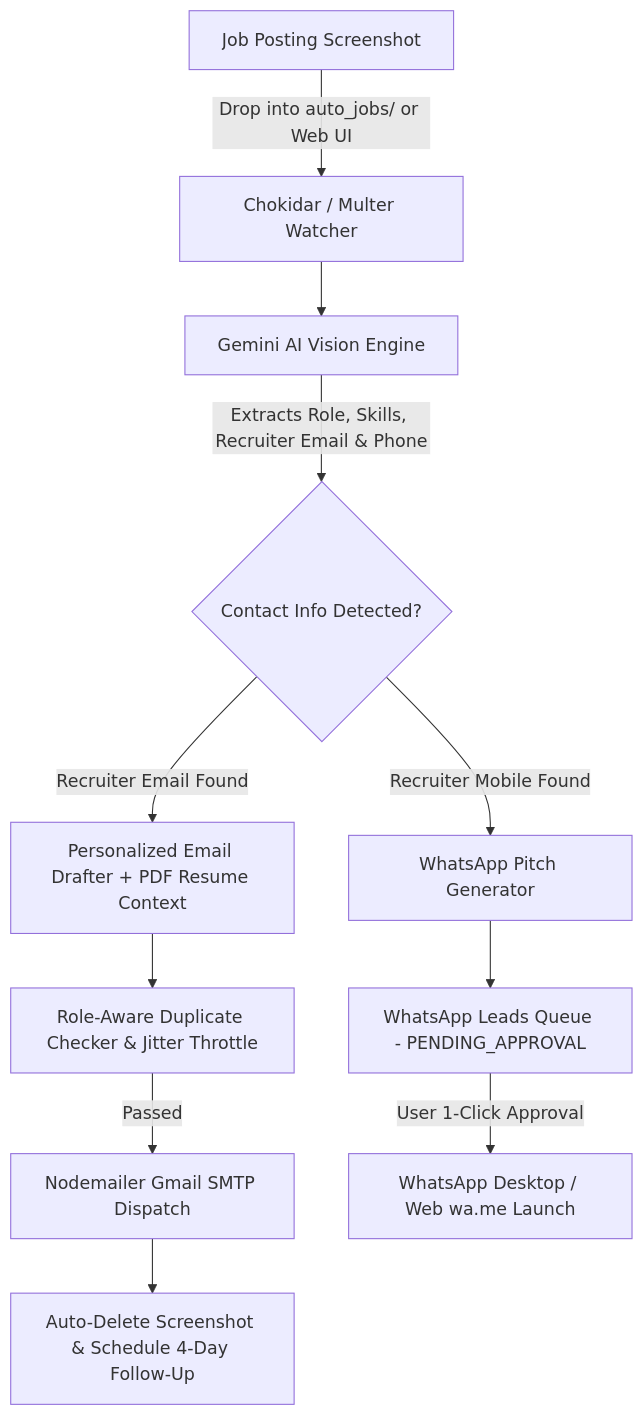
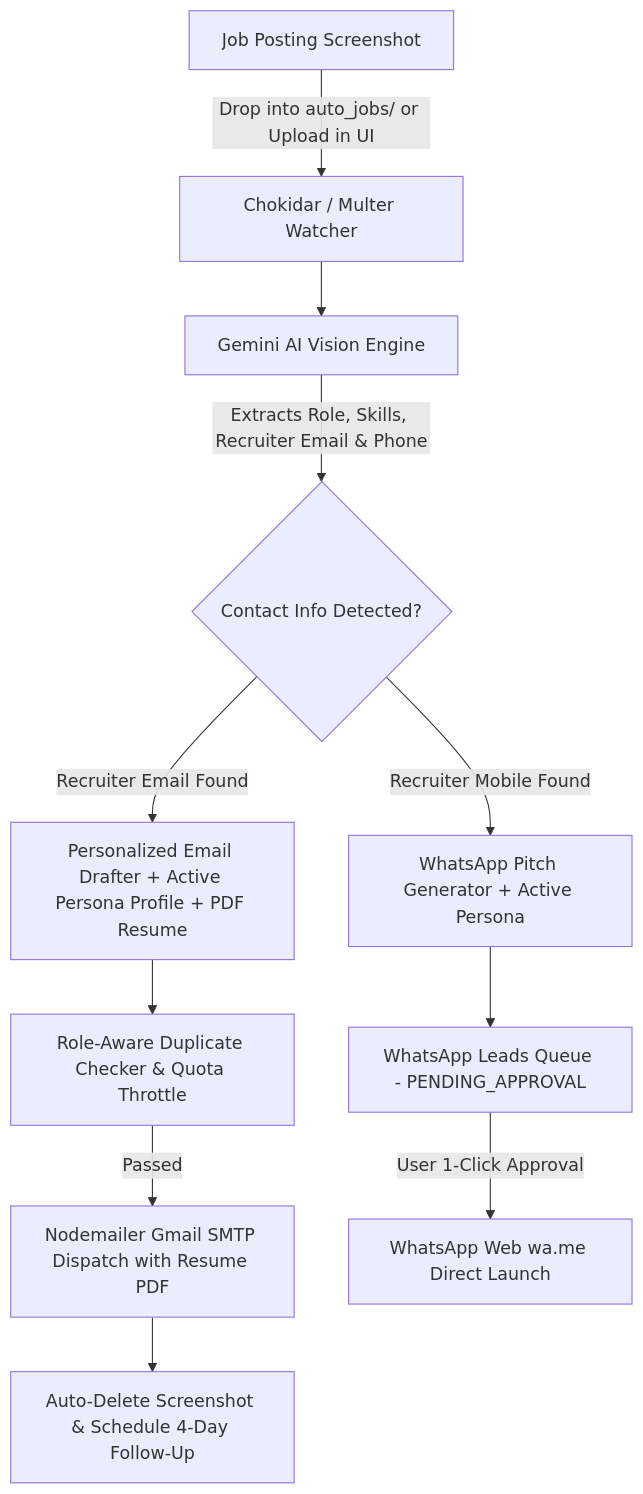
One commit to ajayautade/auto-job-apply changed the diagram in README.md. Above: the diagram before and after it, drawn with Mermaid. The commit also changed other lines of this file and 7 other files, not shown here.

Commit message:
feat(profile): add customizable AI persona, multi-role presets, and step-by-step onboarding guide

````diff
--- a/README.md
+++ b/README.md
@@ -50,13 +66,13 @@
 ```mermaid
 graph TD
-    A[Job Posting Screenshot] -->|Drop into auto_jobs/ or Web UI| B[Chokidar / Multer Watcher]
+    A[Job Posting Screenshot] -->|Drop into auto_jobs/ or Upload in UI| B[Chokidar / Multer Watcher]
     B --> C[Gemini AI Vision Engine]
     C -->|Extracts Role, Skills, Recruiter Email & Phone| D{Contact Info Detected?}
-    D -->|Recruiter Email Found| E[Personalized Email Drafter + PDF Resume Context]
-    D -->|Recruiter Mobile Found| F[WhatsApp Pitch Generator]
-    E --> G[Role-Aware Duplicate Checker & Jitter Throttle]
-    G -->|Passed| H[Nodemailer Gmail SMTP Dispatch]
+    D -->|Recruiter Email Found| E[Personalized Email Drafter + Active Persona Profile + PDF Resume]
+    D -->|Recruiter Mobile Found| F[WhatsApp Pitch Generator + Active Persona]
+    E --> G[Role-Aware Duplicate Checker & Quota Throttle]
+    G -->|Passed| H[Nodemailer Gmail SMTP Dispatch with Resume PDF]
     H --> I[Auto-Delete Screenshot & Schedule 4-Day Follow-Up]
     F --> J[WhatsApp Leads Queue - PENDING_APPROVAL]
-    J -->|User 1-Click Approval| K[WhatsApp Desktop / Web wa.me Launch]
+    J -->|User 1-Click Approval| K[WhatsApp Web wa.me Direct Launch]
 ```
````
